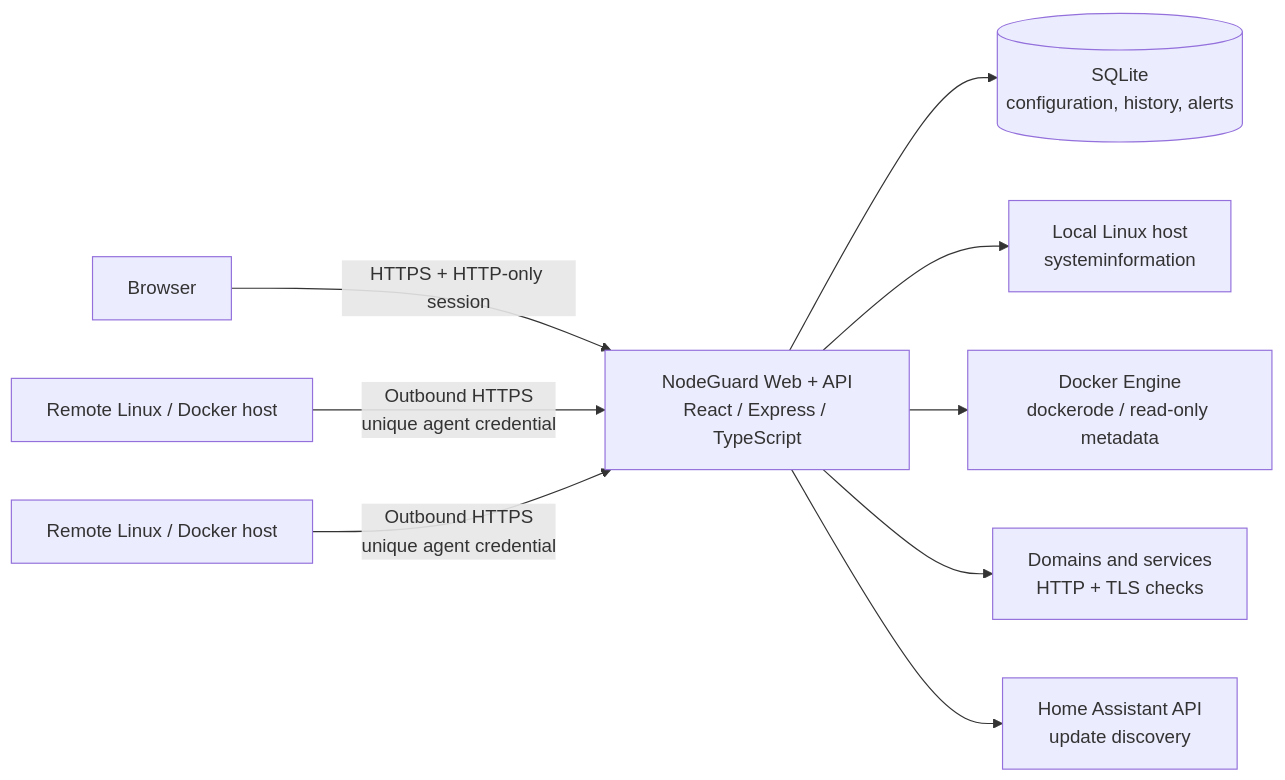
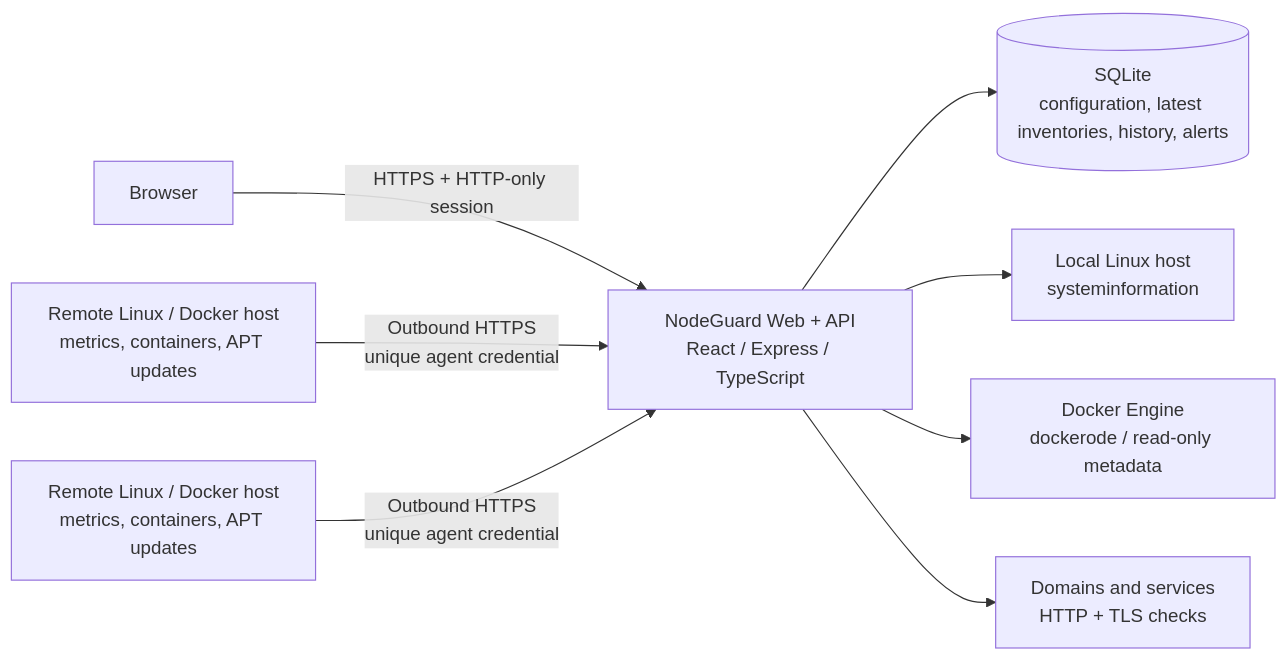
The diagram in README.md (HackintoshMatrix7132/NodeGuard), drawn with Mermaid before and after one commit. The commit also changed other lines of this file and 68 other files, not shown here.

````diff
--- a/README.md
+++ b/README.md
@@ -202,13 +202,11 @@
 ```mermaid
 flowchart LR
     B[Browser] -->|HTTPS + HTTP-only session| A["NodeGuard Web + API<br/>React / Express / TypeScript"]
 
-    A --> DB[("SQLite<br/>configuration, history, alerts")]
+    A --> DB[("SQLite<br/>configuration, latest inventories, history, alerts")]
     A --> LH["Local Linux host<br/>systeminformation"]
     A --> D["Docker Engine<br/>dockerode / read-only metadata"]
     A --> H["Domains and services<br/>HTTP + TLS checks"]
-    A --> HA["Home Assistant API<br/>update discovery"]
-
-    R1[Remote Linux / Docker host] -->|Outbound HTTPS<br/>unique agent credential| A
-    R2[Remote Linux / Docker host] -->|Outbound HTTPS<br/>unique agent credential| A
+    R1[Remote Linux / Docker host<br/>metrics, containers, APT updates] -->|Outbound HTTPS<br/>unique agent credential| A
+    R2[Remote Linux / Docker host<br/>metrics, containers, APT updates] -->|Outbound HTTPS<br/>unique agent credential| A
 ```
````
